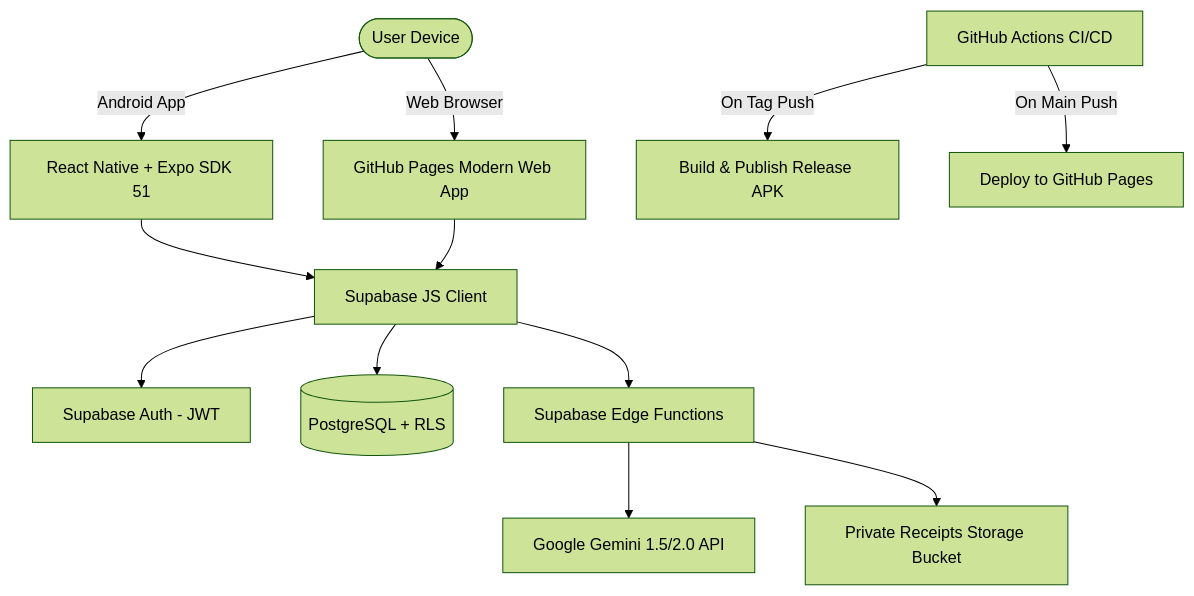
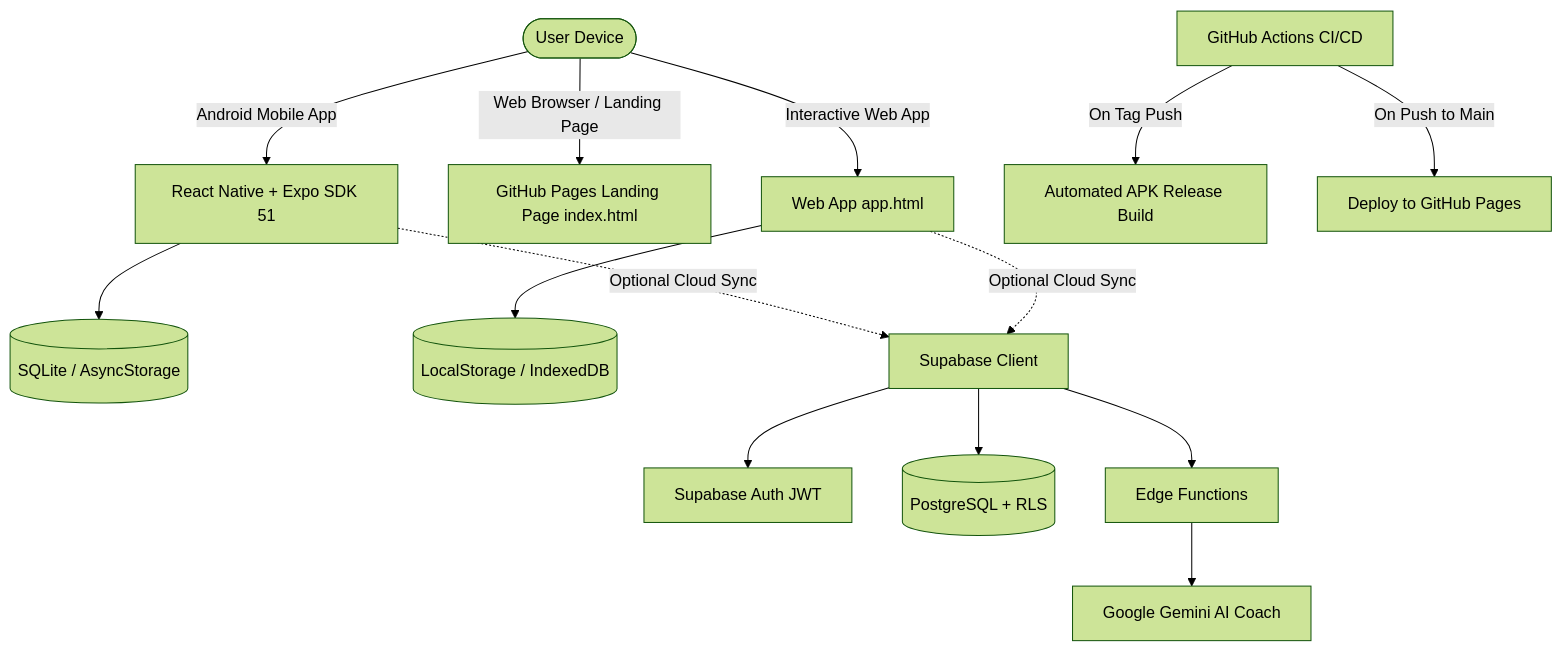
Before and after one commit to Watot12345/Expense-Tracker: the diagram in README.md, drawn with Mermaid (forest theme). The commit also changed other lines of this file and 2 other files, not shown here.

Commit message:
feat: redesign landing page and add MIT license and readme documentation

````diff
--- a/README.md
+++ b/README.md
@@ -66,18 +76,20 @@
 ```mermaid
 graph TD
-    User([User Device]) -->|Android App| ReactNative[React Native + Expo SDK 51]
-    User -->|Web Browser| WebApp[GitHub Pages Modern Web App]
+    User([User Device]) -->|Android Mobile App| ReactNative[React Native + Expo SDK 51]
+    User -->|Web Browser / Landing Page| LandingPage[GitHub Pages Landing Page index.html]
+    User -->|Interactive Web App| WebApp[Web App app.html]
     
-    ReactNative --> SupabaseClient[Supabase JS Client]
-    WebApp --> SupabaseClient
+    ReactNative --> StorageLocal[(SQLite / AsyncStorage)]
+    WebApp --> LocalDB[(LocalStorage / IndexedDB)]
     
-    SupabaseClient --> Auth[Supabase Auth - JWT]
-    SupabaseClient --> DB[(PostgreSQL + RLS)]
-    SupabaseClient --> EdgeFunctions[Supabase Edge Functions]
+    ReactNative -.->|Optional Cloud Sync| SupabaseClient[Supabase Client]
+    WebApp -.->|Optional Cloud Sync| SupabaseClient
     
-    EdgeFunctions --> GeminiAI[Google Gemini 1.5/2.0 API]
-    EdgeFunctions --> Storage[Private Receipts Storage Bucket]
-    
-    GitHubCI[GitHub Actions CI/CD] -->|On Tag Push| ReleaseAPK[Build & Publish Release APK]
-    GitHubCI -->|On Main Push| DeployPages[Deploy to GitHub Pages]
+    SupabaseClient --> Auth[Supabase Auth JWT]
+    SupabaseClient --> SupabaseDB[(PostgreSQL + RLS)]
+    SupabaseClient --> EdgeFunctions[Edge Functions]
+    EdgeFunctions --> GeminiAI[Google Gemini AI Coach]
+
+    GitHubActions[GitHub Actions CI/CD] -->|On Tag Push| APKBuild[Automated APK Release Build]
+    GitHubActions -->|On Push to Main| DeployPages[Deploy to GitHub Pages]
 ```
````
